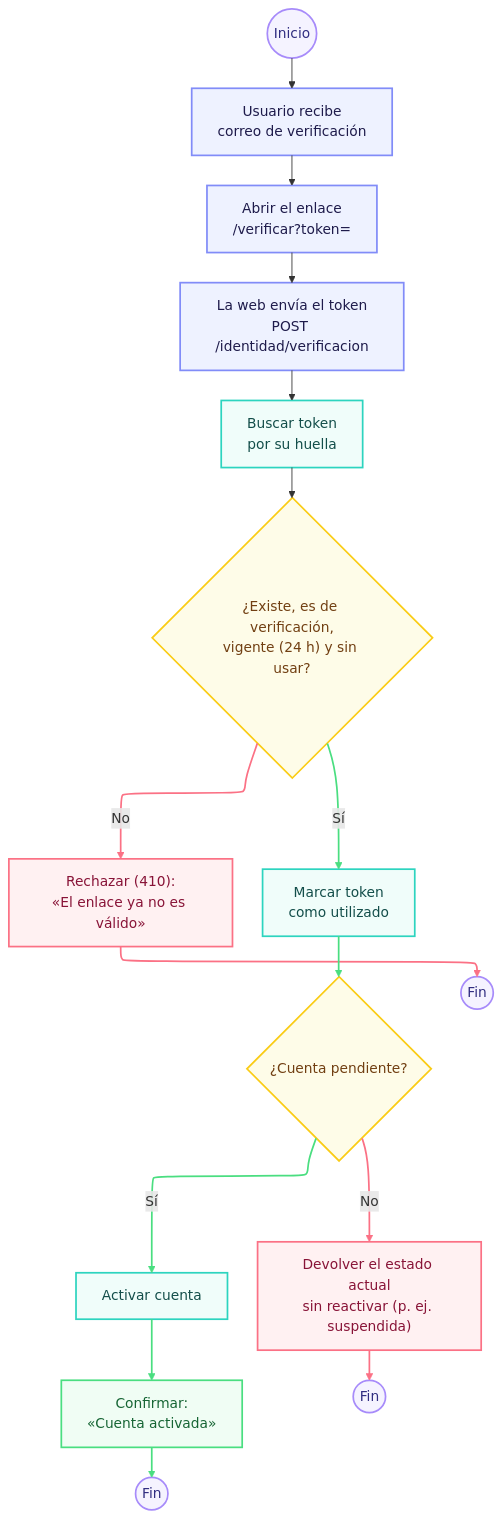
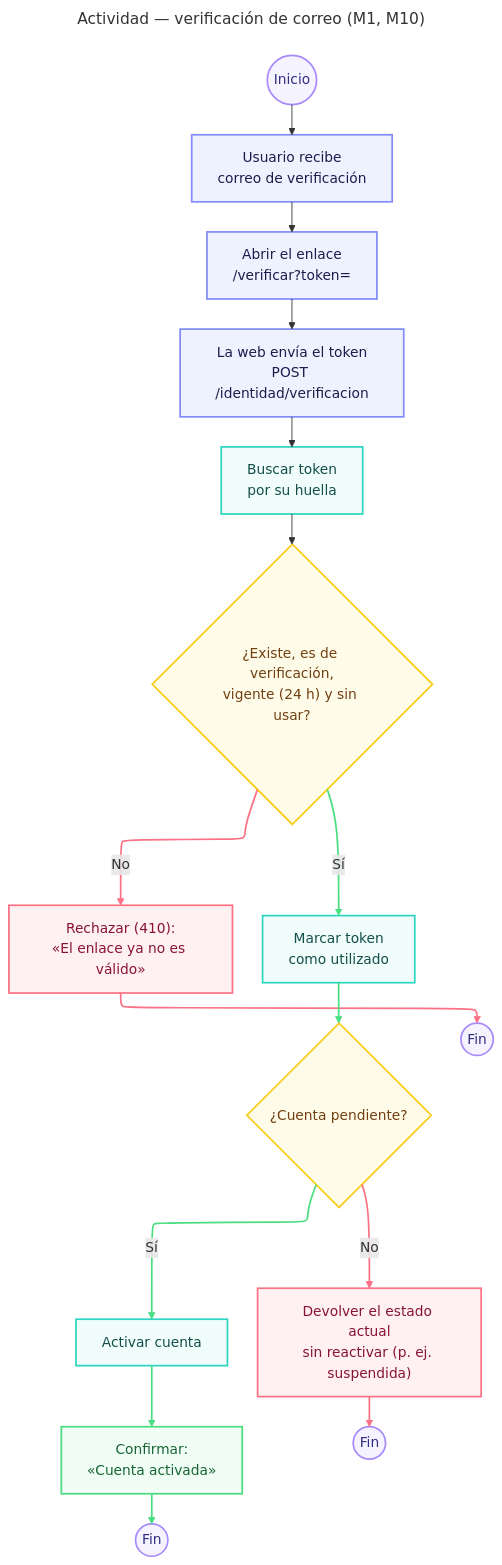
The diagram in docs/diagramas/m1-m10/m1-actividad-verificacion-correo.mmd (derekCmorales/deploya), drawn with Mermaid before and after one commit. The commit also changed 100 other files, not shown here.

```diff
--- a/docs/diagramas/m1-m10/m1-actividad-verificacion-correo.mmd
+++ b/docs/diagramas/m1-m10/m1-actividad-verificacion-correo.mmd
@@ -1,61 +1,62 @@
 ---
+title: Actividad — verificación de correo (M1, M10)
 config:
   layout: elk
 ---
 flowchart TD
 
     START((Inicio))
 
     A["Usuario recibe<br/>correo de verificación"]
     B["Abrir el enlace<br/>/verificar?token="]
     C["La web envía el token<br/>POST /identidad/verificacion"]
 
     D["Buscar token<br/>por su huella"]
     E{"¿Existe, es de verificación,<br/>vigente (24 h) y sin usar?"}
 
     F["Rechazar (410):<br/>«El enlace ya no es válido»"]
 
     H["Marcar token<br/>como utilizado"]
     I{"¿Cuenta pendiente?"}
     J["Activar cuenta"]
     K["Confirmar:<br/>«Cuenta activada»"]
     L["Devolver el estado actual<br/>sin reactivar (p. ej. suspendida)"]
 
     END1((Fin))
     END2((Fin))
     END3((Fin))
 
     START --> A
     A --> B
     B --> C
     C --> D
     D --> E
 
     E -->|"No"| F
     F --> END1
 
     E -->|"Sí"| H
     H --> I
     I -->|"Sí"| J
     J --> K
     K --> END2
 
     I -->|"No"| L
     L --> END3
 
     classDef startEnd fill:#f5f3ff,stroke:#a78bfa,stroke-width:2px,color:#312e81;
     classDef input fill:#eef2ff,stroke:#818cf8,stroke-width:2px,color:#1e1b4b;
     classDef process fill:#f0fdfa,stroke:#2dd4bf,stroke-width:2px,color:#134e4a;
     classDef decision fill:#fefce8,stroke:#facc15,stroke-width:2px,color:#713f12;
     classDef error fill:#fff1f2,stroke:#fb7185,stroke-width:2px,color:#881337;
     classDef success fill:#f0fdf4,stroke:#4ade80,stroke-width:2px,color:#166534;
 
     class START,END1,END2,END3 startEnd;
     class A,B,C input;
     class D,H,J process;
     class E,I decision;
     class F,L error;
     class K success;
 
     linkStyle 5,6,12,13 stroke:#fb7185,stroke-width:2px;
     linkStyle 7,8,9,10,11 stroke:#4ade80,stroke-width:2px;
```
